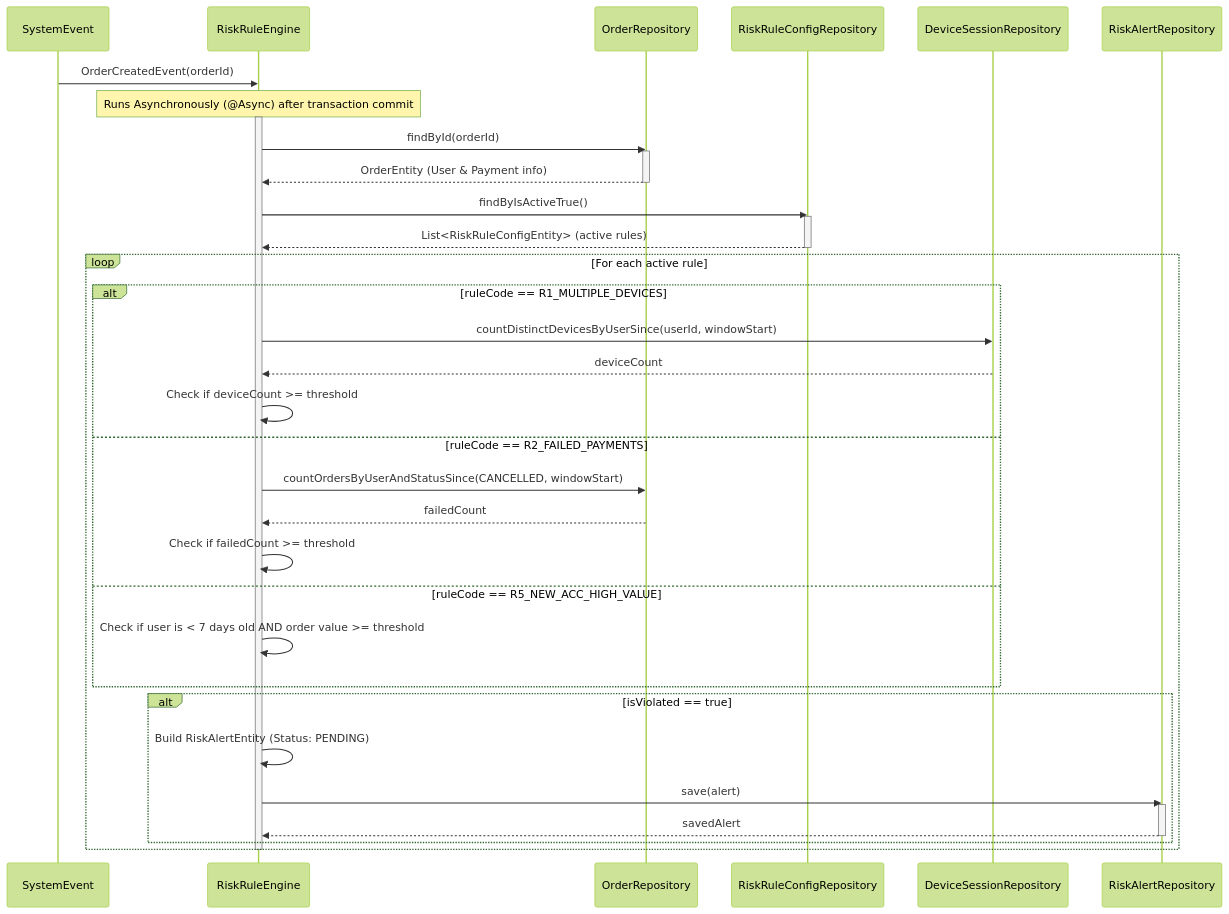
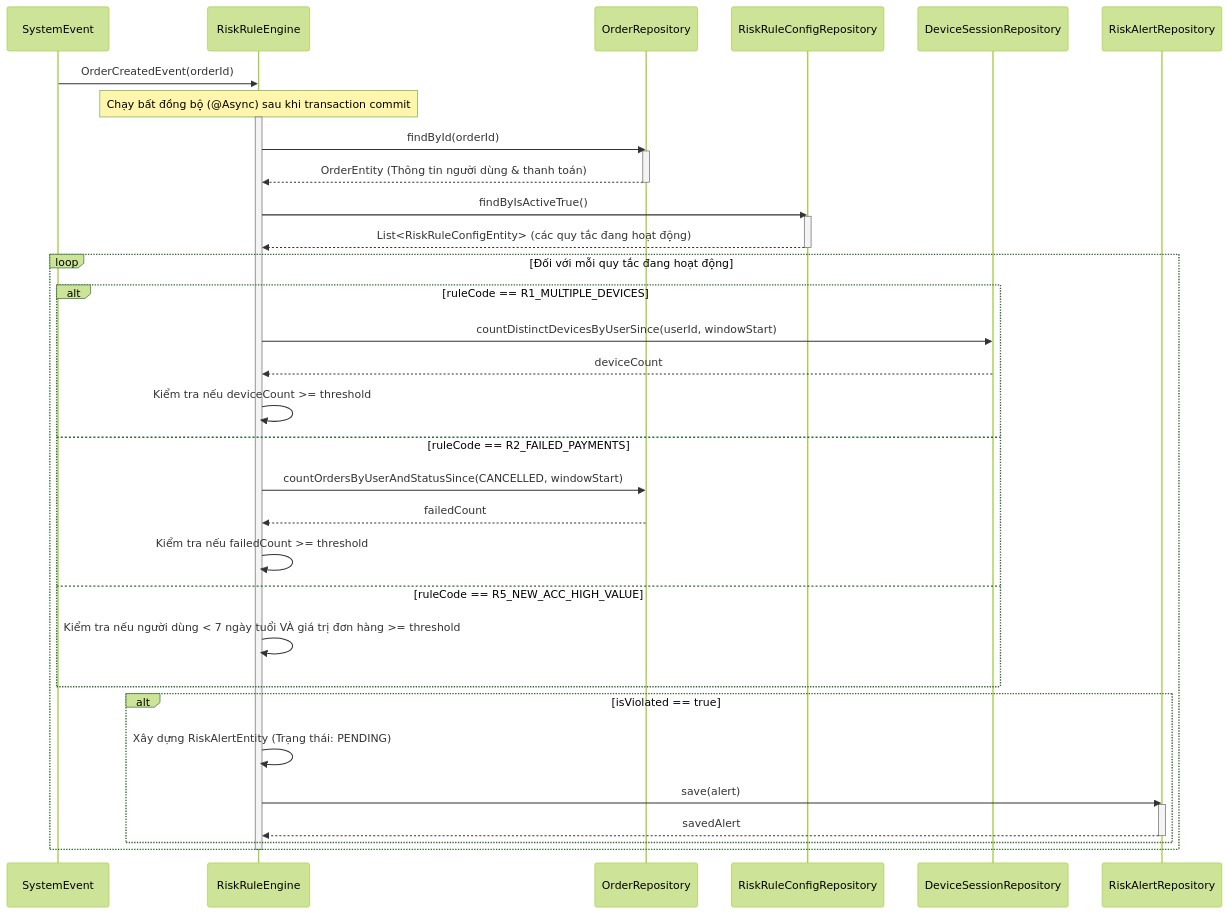
One commit to aquoc09/easymall changed the third of 3 diagrams in .agent/sequence/risk_alert_service_sequence_diagrams.md. Above: the diagram before and after it, drawn with Mermaid (forest theme). The commit also changed other lines of this file and 18 other files, not shown here.

Commit message:
UPDATE: Sequence diagram vietnamese

````diff
--- a/.agent/sequence/risk_alert_service_sequence_diagrams.md
+++ b/.agent/sequence/risk_alert_service_sequence_diagrams.md
@@ -84,47 +84,47 @@
 ```mermaid
 sequenceDiagram
     participant SystemEvent
     participant RiskRuleEngine
     participant OrderRepository
     participant RiskRuleConfigRepository
     participant DeviceSessionRepository
     participant RiskAlertRepository
 
     SystemEvent->>RiskRuleEngine: OrderCreatedEvent(orderId)
-    Note over RiskRuleEngine: Runs Asynchronously (@Async) after transaction commit
+    Note over RiskRuleEngine: Chạy bất đồng bộ (@Async) sau khi transaction commit
     activate RiskRuleEngine
 
     RiskRuleEngine->>OrderRepository: findById(orderId)
     activate OrderRepository
-    OrderRepository-->>RiskRuleEngine: OrderEntity (User & Payment info)
+    OrderRepository-->>RiskRuleEngine: OrderEntity (Thông tin người dùng & thanh toán)
     deactivate OrderRepository
 
     RiskRuleEngine->>RiskRuleConfigRepository: findByIsActiveTrue()
     activate RiskRuleConfigRepository
-    RiskRuleConfigRepository-->>RiskRuleEngine: List<RiskRuleConfigEntity> (active rules)
+    RiskRuleConfigRepository-->>RiskRuleEngine: List<RiskRuleConfigEntity> (các quy tắc đang hoạt động)
     deactivate RiskRuleConfigRepository
 
-    loop For each active rule
+    loop Đối với mỗi quy tắc đang hoạt động
         alt ruleCode == R1_MULTIPLE_DEVICES
             RiskRuleEngine->>DeviceSessionRepository: countDistinctDevicesByUserSince(userId, windowStart)
             DeviceSessionRepository-->>RiskRuleEngine: deviceCount
-            RiskRuleEngine->>RiskRuleEngine: Check if deviceCount >= threshold
+            RiskRuleEngine->>RiskRuleEngine: Kiểm tra nếu deviceCount >= threshold
         else ruleCode == R2_FAILED_PAYMENTS
             RiskRuleEngine->>OrderRepository: countOrdersByUserAndStatusSince(CANCELLED, windowStart)
             OrderRepository-->>RiskRuleEngine: failedCount
-            RiskRuleEngine->>RiskRuleEngine: Check if failedCount >= threshold
+            RiskRuleEngine->>RiskRuleEngine: Kiểm tra nếu failedCount >= threshold
         else ruleCode == R5_NEW_ACC_HIGH_VALUE
-            RiskRuleEngine->>RiskRuleEngine: Check if user is < 7 days old AND order value >= threshold
+            RiskRuleEngine->>RiskRuleEngine: Kiểm tra nếu người dùng < 7 ngày tuổi VÀ giá trị đơn hàng >= threshold
         end
 
         alt isViolated == true
-            RiskRuleEngine->>RiskRuleEngine: Build RiskAlertEntity (Status: PENDING)
+            RiskRuleEngine->>RiskRuleEngine: Xây dựng RiskAlertEntity (Trạng thái: PENDING)
             RiskRuleEngine->>RiskAlertRepository: save(alert)
             activate RiskAlertRepository
             RiskAlertRepository-->>RiskRuleEngine: savedAlert
             deactivate RiskAlertRepository
         end
     end
 
     deactivate RiskRuleEngine
 ```
````
